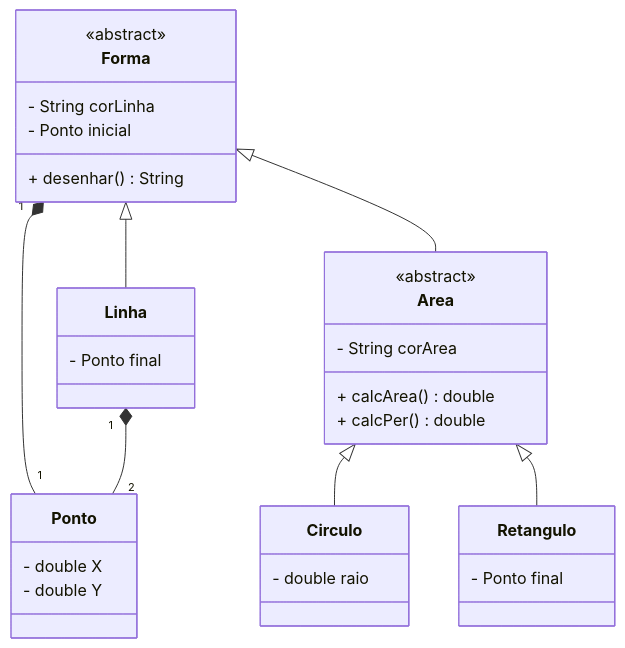
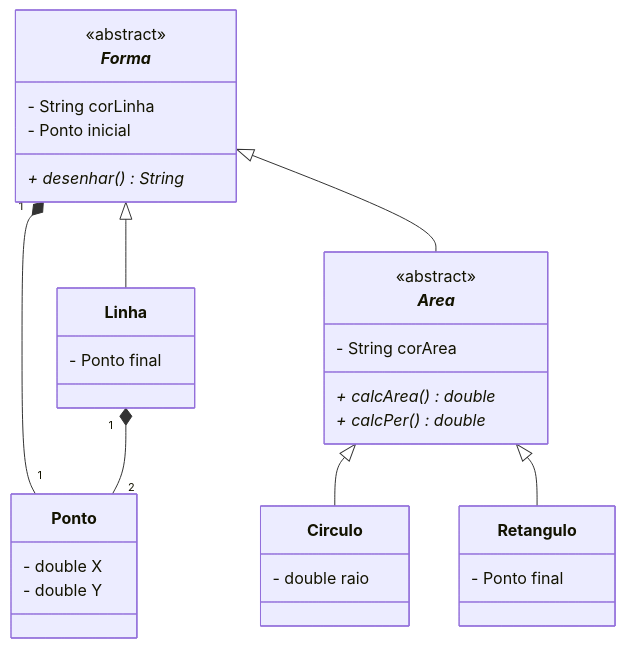
One commit to Aluno55/POO changed the diagram in aula-desenhos/README.md. Above: the diagram before and after it, drawn with Mermaid. The commit also changed 7 other files, not shown here.

````diff
--- a/aula-desenhos/README.md
+++ b/aula-desenhos/README.md
@@ -1,34 +1,34 @@
 ```mermaid
 classDiagram
-class Forma{
+class _Forma_{
     <<abstract>>
     - String corLinha
     - Ponto inicial
-    + desenhar () String
+    + desenhar () String*
 }
-Forma "1"*--"1" Ponto
-Forma <|-- Area
-Forma <|-- Linha
+_Forma_ "1"*--"1" Ponto
+_Forma_ <|-- _Area_
+_Forma_ <|-- Linha
 Linha "1"*--"2" Ponto
-Area <|-- Circulo
-Area <|-- Retangulo
+_Area_ <|-- Circulo
+_Area_ <|-- Retangulo
 class Ponto{
     - double X
     - double Y
 }
 class Linha{
     - Ponto final
 }
-class Area {
+class _Area_ {
     <<abstract>>
     - String corArea
-    + calcArea () double
-    + calcPer () double
+    + calcArea () double*
+    + calcPer () double*
 }
 class Circulo{
     - double raio
 }
 class Retangulo{
     - Ponto final
 }
 ```
````
